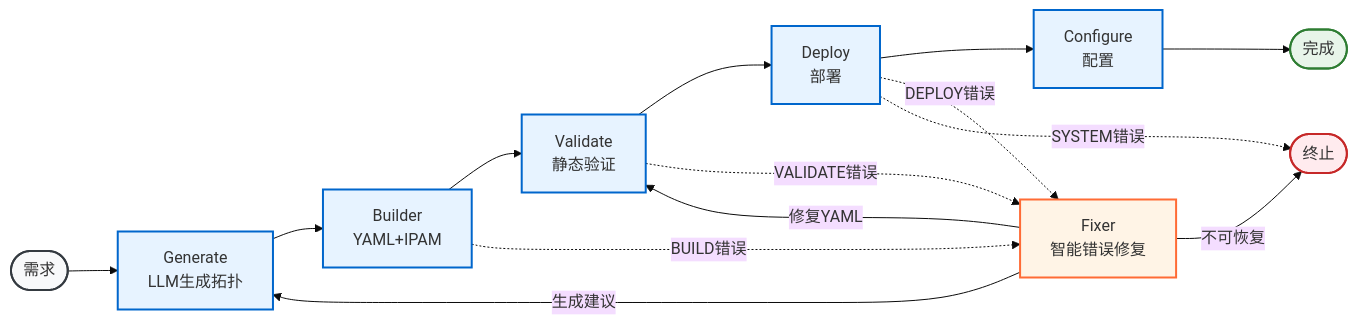
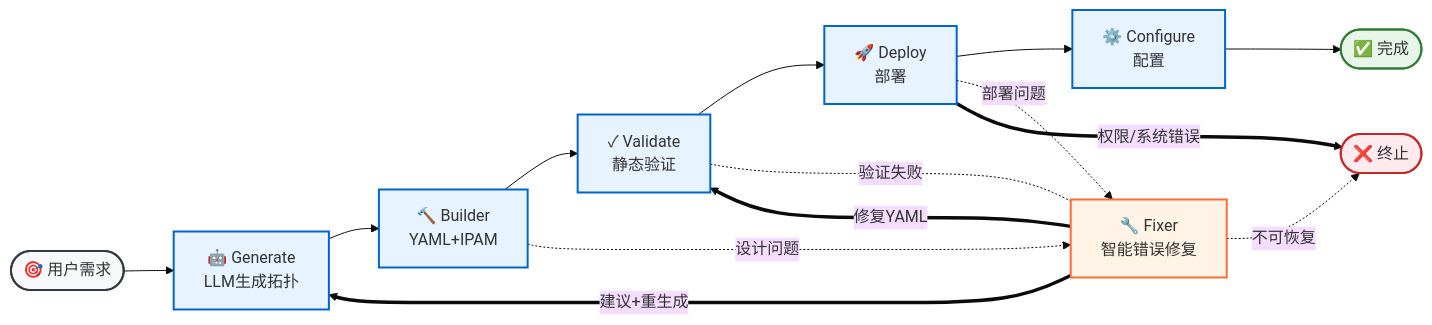
One commit to Yuchuwa/CVELab changed the diagram in README.md. Above: the diagram before and after it, drawn with Mermaid (base theme).

````diff
--- a/README.md
+++ b/README.md
@@ -46,32 +46,40 @@
 ```mermaid
 flowchart LR
-    Start([需求]) --> Generate["Generate<br/>LLM生成拓扑"]
-    Generate --> Builder["Builder<br/>YAML+IPAM"]
-    Builder --> Validate["Validate<br/>静态验证"]
-    Validate --> Deploy["Deploy<br/>部署"]
-    Deploy --> Config["Configure<br/>配置"]
-    Config --> End([完成])
+    Start([🎯 用户需求]) --> Generate["🤖 Generate<br/>LLM生成拓扑"]
+    Generate --> Builder["🔨 Builder<br/>YAML+IPAM"]
+    Builder --> Validate["✓ Validate<br/>静态验证"]
+    Validate --> Deploy["🚀 Deploy<br/>部署"]
+    Deploy --> Config["⚙️ Configure<br/>配置"]
+    Config --> End([✅ 完成])
 
-    Fixer["Fixer<br/>智能错误修复"]
+    Fixer["🔧 Fixer<br/>智能错误修复"]
 
-    Builder -.->|BUILD错误| Fixer
-    Validate -.->|VALIDATE错误| Fixer
-    Deploy -.->|DEPLOY错误| Fixer
-    Deploy -.->|SYSTEM错误| Failed([终止])
+    %% 设计错误路径 - 红色虚线
+    Builder -.->|设计问题| Fixer
+    Fixer ==>|建议+重生成| Generate
 
-    Fixer -->|生成建议| Generate
-    Fixer -->|修复YAML| Validate
-    Fixer -->|不可恢复| Failed
+    %% 验证错误路径 - 橙色点线
+    Validate -.-|验证失败| Fixer
+    Fixer ==>|修复YAML| Validate
+
+    %% 部署错误路径 - 紫色虚线
+    Deploy -.->|部署问题| Fixer
+
+    %% 系统错误路径 - 深红色，直接终止
+    Deploy ==>|权限/系统错误| Failed([❌ 终止])
+
+    %% Fixer 到其他路径
+    Fixer -.->|不可恢复| Failed
 
     classDef main fill:#e7f3ff,stroke:#0066cc,stroke-width:2px
     classDef err fill:#fff4e6,stroke:#ff6b35,stroke-width:2px
     classDef term fill:#f8f9fa,stroke:#343a40,stroke-width:2px
     classDef ok fill:#e8f5e9,stroke:#2e7d32,stroke-width:2px
     classDef bad fill:#ffebee,stroke:#c62828,stroke-width:2px
 
     class Generate,Builder,Validate,Deploy,Config main
     class Fixer err
     class Start,End term
     class End ok
     class Failed bad
 ```
````
